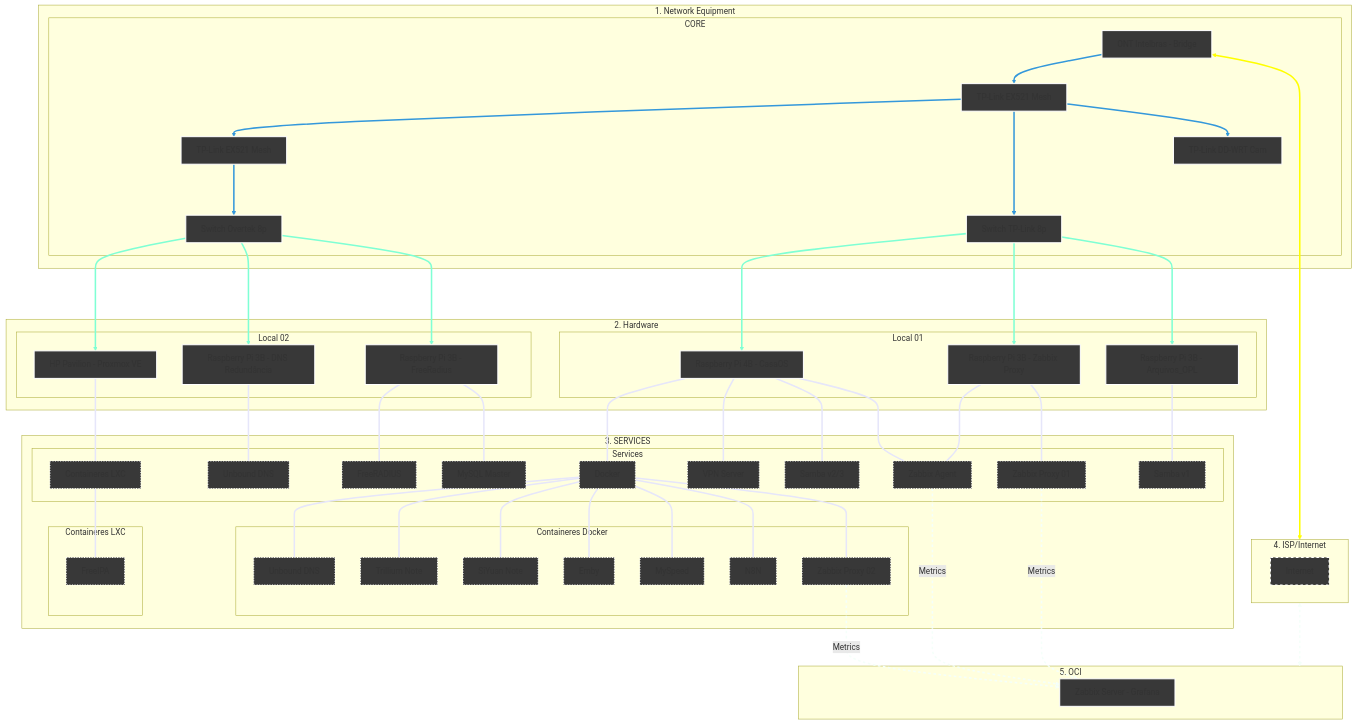
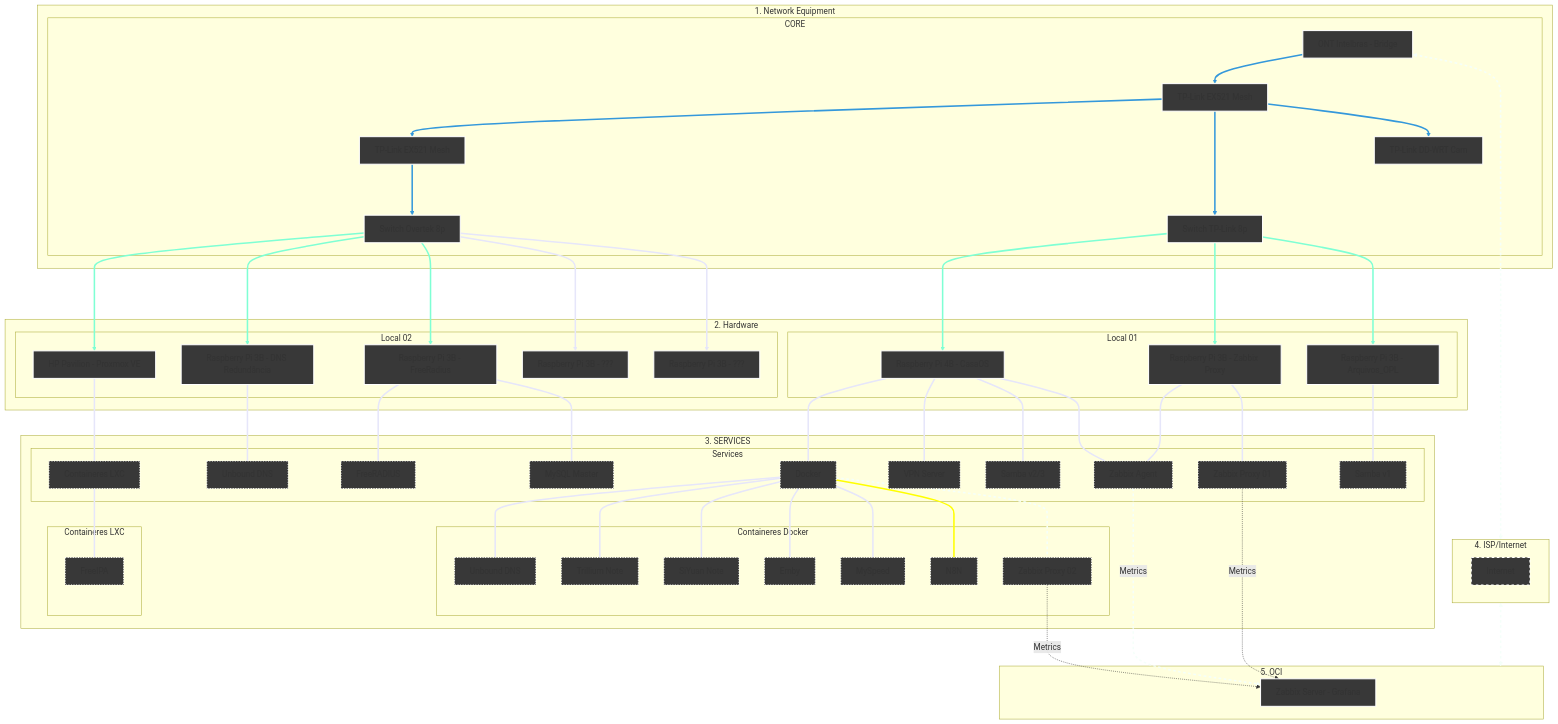
One commit to kevindexter22/Dr-Hardware-Autonet changed the diagram in Infrastructure/README.md. Above: the diagram before and after it, drawn with Mermaid.

Commit message:
Update README with new Raspberry Pi 3B entries
Added two Raspberry Pi 3B devices to the infrastructure diagram.

```diff
--- a/Infrastructure/README.md
+++ b/Infrastructure/README.md
@@ -41,6 +41,8 @@
         SW2 ---> HP[HP Pavilion - Proxmox VE]:::hardware
         SW2 ---> RPi3B_4[Raspberry Pi 3B - DNS Redundância]:::hardware
         SW2 ---> RPi3B_3[Raspberry Pi 3B - FreeRadius]:::hardware
+        SW2 ---> RPi3B_5[Raspberry Pi 3B - ???]:::hardware
+        SW2 ---> RPi3B_6[Raspberry Pi 3B - ???]:::hardware
     end
     end
 
```
